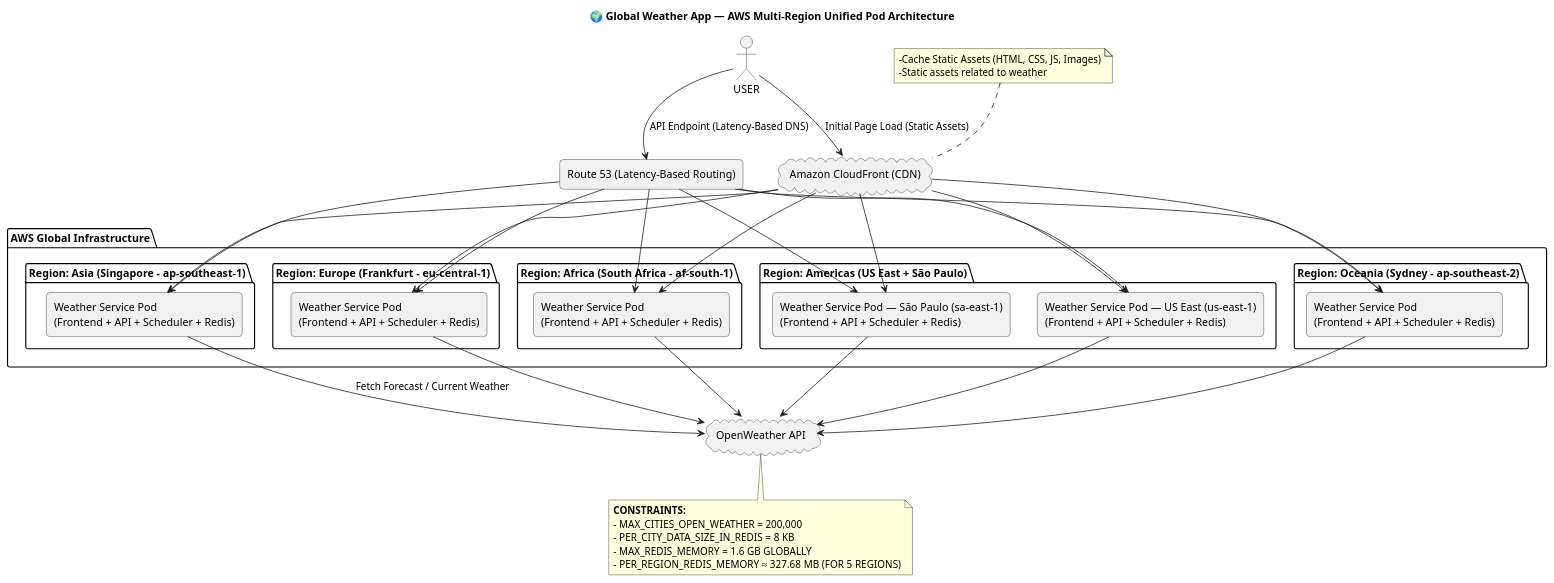
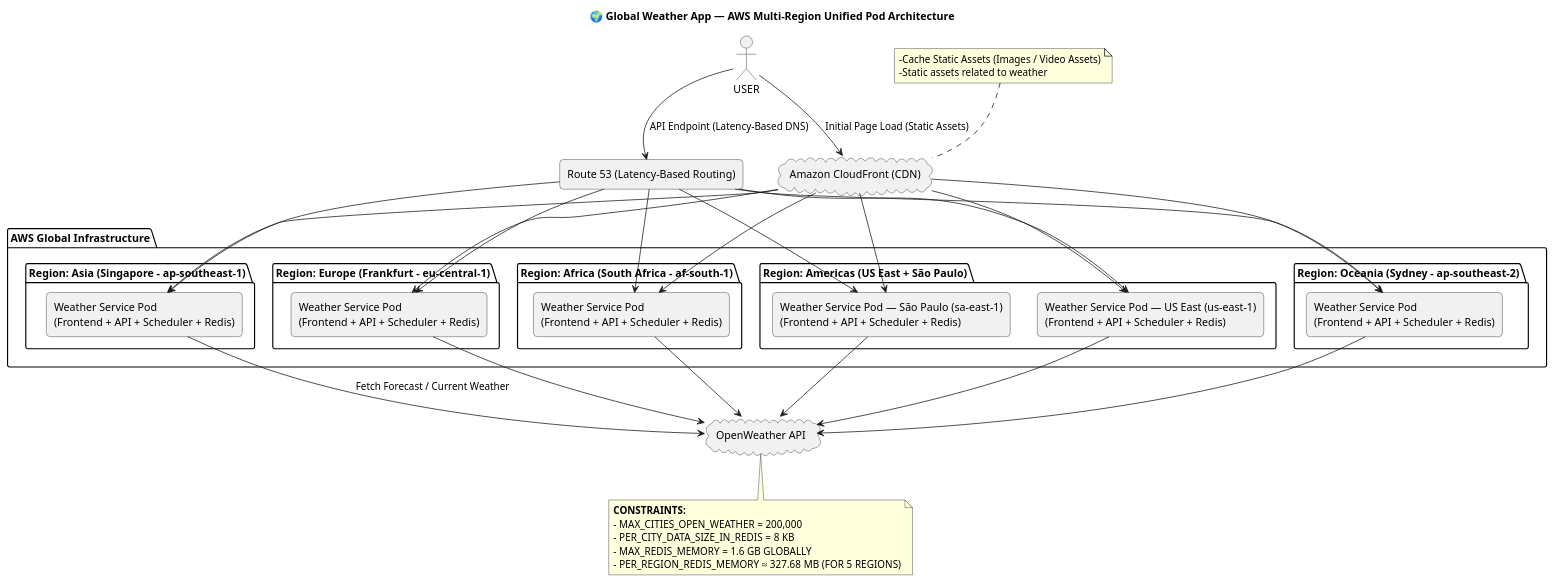
Before and after one commit to shivamnamdeo0101/weather-app: the diagram in AWS_ARCH.puml, drawn with PlantUML.

Commit message:
CONSTRAINTS AND AWS ADDED

```diff
--- a/AWS_ARCH.puml
+++ b/AWS_ARCH.puml
@@ -1,115 +1,115 @@
 @startuml
 title 🌍 Global Weather App — AWS Multi-Region Unified Pod Architecture
 
 ' --- Layout Settings ---
 skinparam packagePadding 15
 skinparam rectangle {
     Shadowing false
     RoundCorner 10
     Padding 8
     MinWidth 180
 }
 skinparam database {
     Shadowing false
     RoundCorner 10
     Padding 8
     MinWidth 160
 }
 skinparam cloud {
     Shadowing false
 }
 
 actor USER
 cloud OPENWEATHER as "OpenWeather API"
 
 ' ===========================
 ' AWS GLOBAL INFRASTRUCTURE
 ' ===========================
 package "AWS Global Infrastructure" {
 
     ' -------- ASIA REGION --------
     package "Region: Asia (Singapore - ap-southeast-1)" {
         rectangle POD_ASIA as "Weather Service Pod\n(Frontend + API + Scheduler + Redis)"
     }
 
     ' -------- EUROPE REGION --------
     package "Region: Europe (Frankfurt - eu-central-1)" {
         rectangle POD_EU as "Weather Service Pod\n(Frontend + API + Scheduler + Redis)"
     }
 
     ' -------- AFRICA REGION --------
     package "Region: Africa (South Africa - af-south-1)" {
         rectangle POD_AF as "Weather Service Pod\n(Frontend + API + Scheduler + Redis)"
     }
 
     ' -------- AMERICAS REGION --------
     package "Region: Americas (US East + São Paulo)" {
         rectangle POD_US as "Weather Service Pod — US East (us-east-1)\n(Frontend + API + Scheduler + Redis)"
         rectangle POD_SA as "Weather Service Pod — São Paulo (sa-east-1)\n(Frontend + API + Scheduler + Redis)"
     }
 
     ' -------- OCEANIA REGION --------
     package "Region: Oceania (Sydney - ap-southeast-2)" {
         rectangle POD_OC as "Weather Service Pod\n(Frontend + API + Scheduler + Redis)"
     }
 }
 
 ' ===========================
 ' GLOBAL SERVICES
 ' ===========================
 cloud CF as "Amazon CloudFront (CDN)"
 
 note top of CF
--Cache Static Assets (HTML, CSS, JS, Images)
+-Cache Static Assets (Images / Video Assets)
 -Static assets related to weather
 end note
 
 
 rectangle R53 as "Route 53 (Latency-Based Routing)"
 
 ' ===========================
 ' GLOBAL CONNECTION FLOW
 ' ===========================
 
 USER --> CF : Initial Page Load (Static Assets)
 USER --> R53 : API Endpoint (Latency-Based DNS)
 
 ' CloudFront → Regional Pods (Frontend)
 CF --> POD_ASIA
 CF --> POD_EU
 CF --> POD_AF
 CF --> POD_US
 CF --> POD_SA
 CF --> POD_OC
 
 ' Route 53 → Regional Pods (API Traffic)
 R53 --> POD_ASIA
 R53 --> POD_EU
 R53 --> POD_AF
 R53 --> POD_US
 R53 --> POD_SA
 R53 --> POD_OC
 
 ' ===========================
 ' REGIONAL DATA FLOW
 ' ===========================
 
 POD_ASIA --> OPENWEATHER : Fetch Forecast / Current Weather
 POD_EU --> OPENWEATHER
 POD_AF --> OPENWEATHER
 POD_US --> OPENWEATHER
 POD_SA --> OPENWEATHER
 POD_OC --> OPENWEATHER
 
 ' ===========================
 ' SYSTEM CONSTRAINTS
 ' ===========================
 note bottom of OPENWEATHER
 <b>CONSTRAINTS:</b>
 - MAX_CITIES_OPEN_WEATHER = 200,000
 - PER_CITY_DATA_SIZE_IN_REDIS = 8 KB
 - MAX_REDIS_MEMORY = 1.6 GB GLOBALLY
 - PER_REGION_REDIS_MEMORY ≈ 327.68 MB (FOR 5 REGIONS)
 end note
 
 @enduml
```
